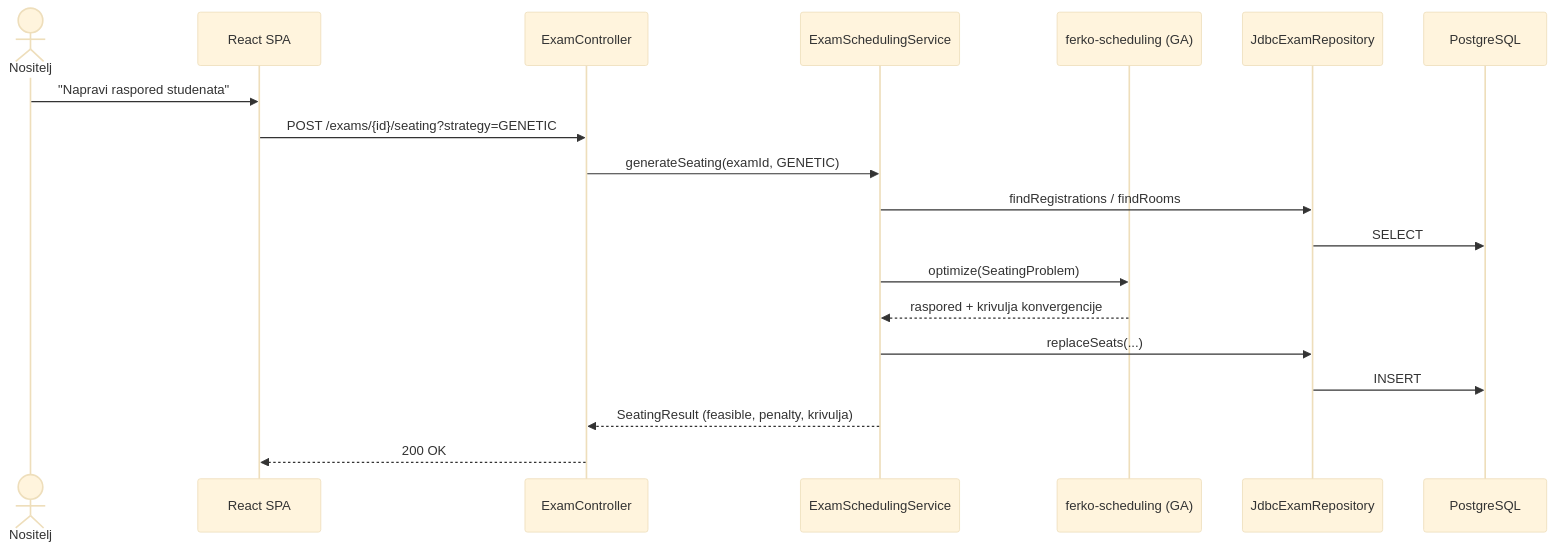
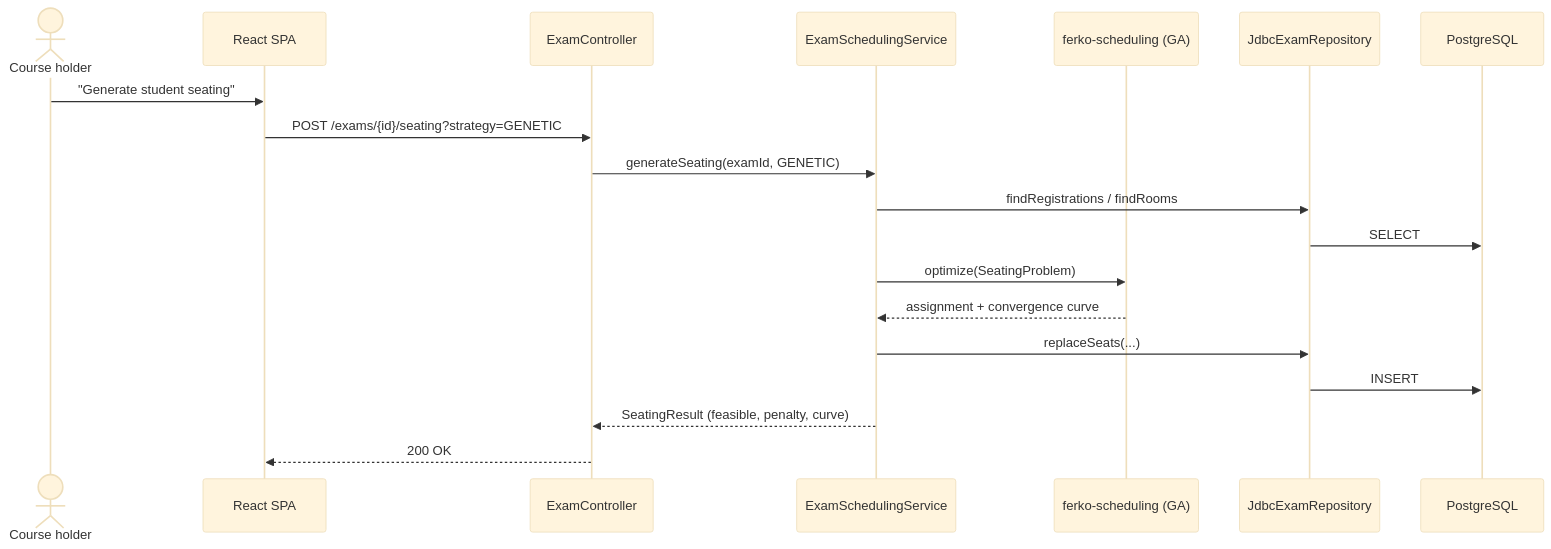
One commit to KarloKnezevic/Ferko changed the third of 6 diagrams in README.md. Above: the diagram before and after it, drawn with Mermaid (base theme). The commit also changed other lines of this file and 38 other files, not shown here.

First line of the commit message:
Dokumentacija iznova na engleskom: marketinški README, UML i vodiči (#96)

````diff
--- a/README.md
+++ b/README.md
@@ -222,22 +243,22 @@
 ```mermaid
 sequenceDiagram
-    actor N as Nositelj
+    actor N as Course holder
     participant SPA as React SPA
     participant C as ExamController
     participant S as ExamSchedulingService
     participant G as ferko-scheduling (GA)
     participant R as JdbcExamRepository
     participant DB as PostgreSQL
 
-    N->>SPA: "Napravi raspored studenata"
+    N->>SPA: "Generate student seating"
     SPA->>C: POST /exams/{id}/seating?strategy=GENETIC
     C->>S: generateSeating(examId, GENETIC)
     S->>R: findRegistrations / findRooms
     R->>DB: SELECT
     S->>G: optimize(SeatingProblem)
-    G-->>S: raspored + krivulja konvergencije
+    G-->>S: assignment + convergence curve
     S->>R: replaceSeats(...)
     R->>DB: INSERT
-    S-->>C: SeatingResult (feasible, penalty, krivulja)
+    S-->>C: SeatingResult (feasible, penalty, curve)
     C-->>SPA: 200 OK
 ```
````
